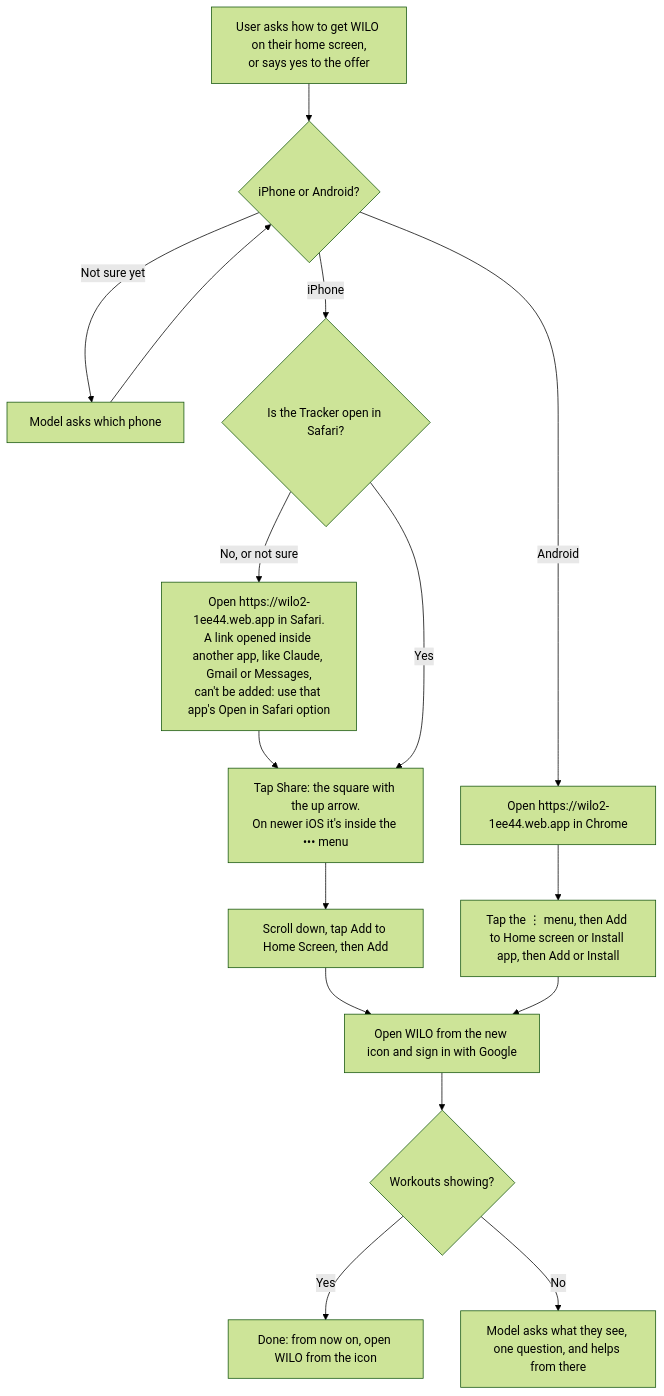
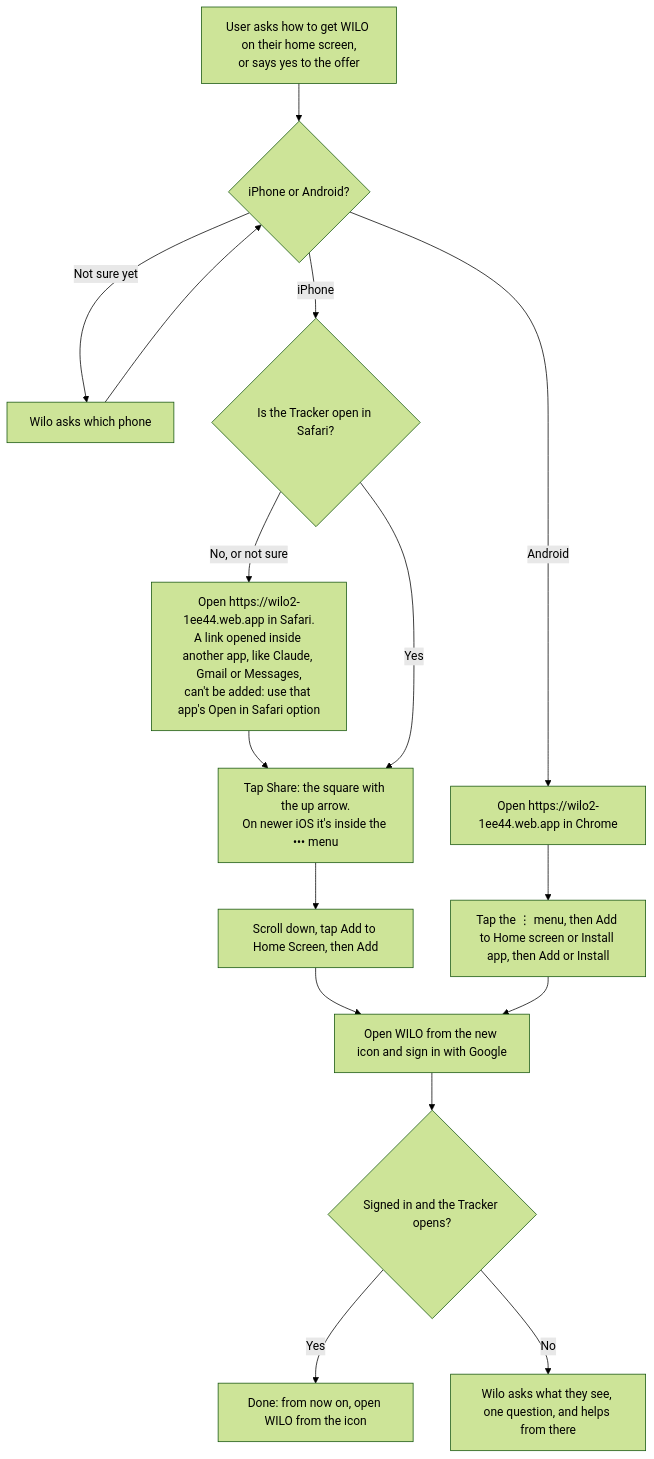
One commit to CoachThomLamb/wilo_ai changed the third of 3 diagrams in wilo/coach.md. Above: the diagram before and after it, drawn with Mermaid (forest theme). The commit also changed other lines of this file and 4 other files, not shown here.

````diff
--- a/wilo/coach.md
+++ b/wilo/coach.md
@@ -125,17 +159,17 @@
 ```mermaid
 flowchart TD
     A[User asks how to get WILO on their home screen,<br/>or says yes to the offer] --> B{iPhone or Android?}
-    B -- Not sure yet --> B1[Model asks which phone] --> B
+    B -- Not sure yet --> B1[Wilo asks which phone] --> B
     B -- iPhone --> C{Is the Tracker open in Safari?}
     C -- No, or not sure --> C1[Open https://wilo2-1ee44.web.app in Safari.<br/>A link opened inside another app, like Claude, Gmail or Messages,<br/>can't be added: use that app's Open in Safari option]
     C1 --> D
     C -- Yes --> D[Tap Share: the square with the up arrow.<br/>On newer iOS it's inside the ••• menu]
     D --> E[Scroll down, tap Add to Home Screen, then Add]
     B -- Android --> F[Open https://wilo2-1ee44.web.app in Chrome]
     F --> G[Tap the ⋮ menu, then Add to Home screen or Install app, then Add or Install]
     E --> H[Open WILO from the new icon and sign in with Google]
     G --> H
-    H --> I{Workouts showing?}
+    H --> I{Signed in and the Tracker opens?}
     I -- Yes --> J[Done: from now on, open WILO from the icon]
-    I -- No --> K[Model asks what they see, one question, and helps from there]
+    I -- No --> K[Wilo asks what they see, one question, and helps from there]
 ```
````
